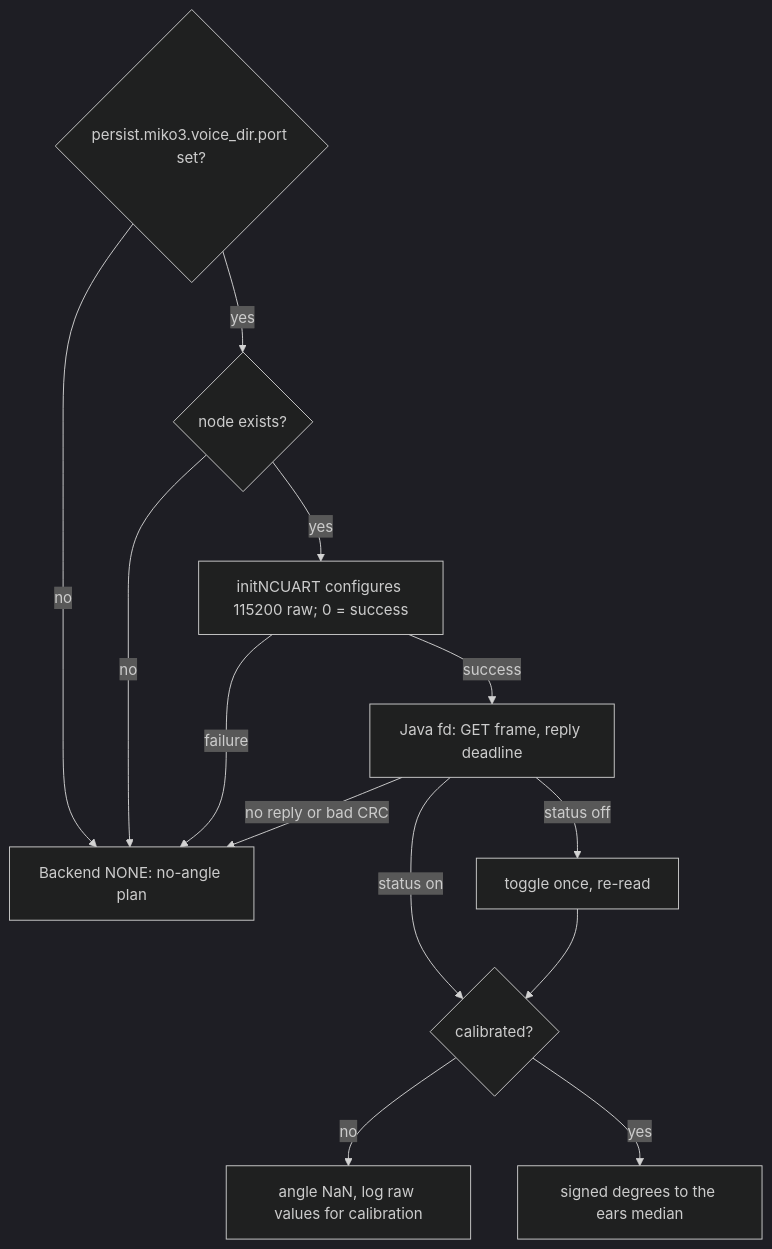
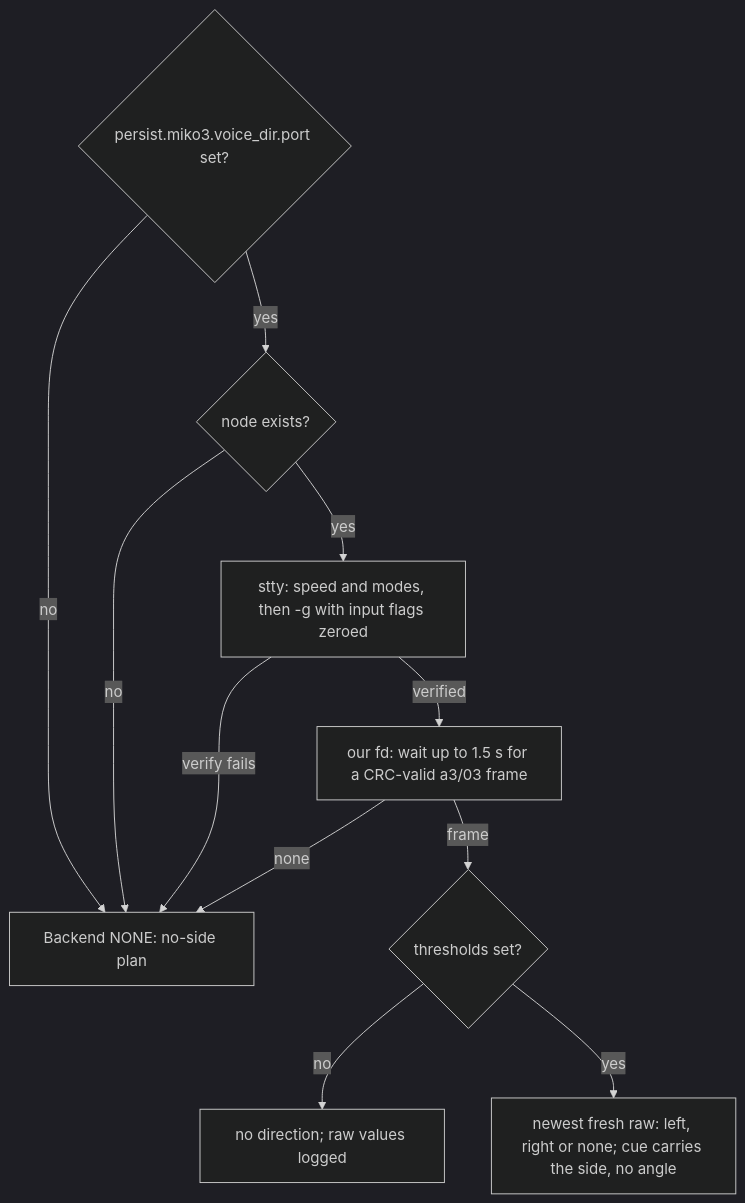
Before and after one commit to benwilson/miko3-jailbreak: the third of 3 diagrams in docs/plans/2026-09-28-1427-feat-explore-hey-miko-always-answers-plan.md, drawn with Mermaid (dark theme). The commit also changed other lines of this file, not shown here.

Commit message:
docs(plan): the direction chip gives a side, streams by itself, and needs the stty -g workaround

````diff
--- a/docs/plans/2026-09-28-1427-feat-explore-hey-miko-always-answers-plan.md
+++ b/docs/plans/2026-09-28-1427-feat-explore-hey-miko-always-answers-plan.md
@@ -247,15 +242,13 @@
 ```mermaid
 flowchart TB
-  P{persist.miko3.voice_dir.port set?} -->|no| N[Backend NONE: no-angle plan]
+  P{persist.miko3.voice_dir.port set?} -->|no| N[Backend NONE: no-side plan]
   P -->|yes| E{node exists?}
   E -->|no| N
-  E -->|yes| C[initNCUART configures 115200 raw; 0 = success]
-  C -->|failure| N
-  C -->|success| J[Java fd: GET frame, reply deadline]
-  J -->|no reply or bad CRC| N
-  J -->|status off| T[toggle once, re-read]
-  J -->|status on| K{calibrated?}
-  T --> K
-  K -->|no| U[angle NaN, log raw values for calibration]
-  K -->|yes| A[signed degrees to the ears median]
+  E -->|yes| C[stty: speed and modes, then -g with input flags zeroed]
+  C -->|verify fails| N
+  C -->|verified| J[our fd: wait up to 1.5 s for a CRC-valid a3/03 frame]
+  J -->|none| N
+  J -->|frame| K{thresholds set?}
+  K -->|no| U[no direction; raw values logged]
+  K -->|yes| A[newest fresh raw: left, right or none; cue carries the side, no angle]
 ```
````
